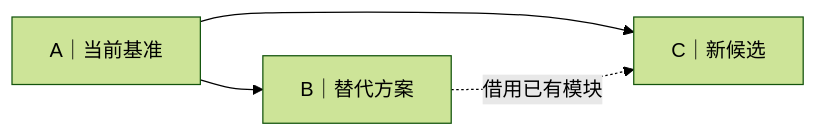
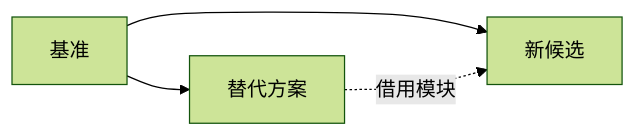
The diagram in skills/steady-progress/references/version-lineage.md (Kmourn/my_skills), drawn with Mermaid (forest theme) before and after one commit. The commit also changed other lines of this file, not shown here.

````diff
--- a/skills/steady-progress/references/version-lineage.md
+++ b/skills/steady-progress/references/version-lineage.md
@@ -11,6 +8,6 @@
 ```mermaid
 flowchart LR
-    A["A｜当前基准"] --> B["B｜替代方案"]
-    A --> C["C｜新候选"]
-    B -. 借用已有模块 .-> C
+    A[基准] --> B[替代方案]
+    A --> C[新候选]
+    B -. 借用模块 .-> C
 ```
````
